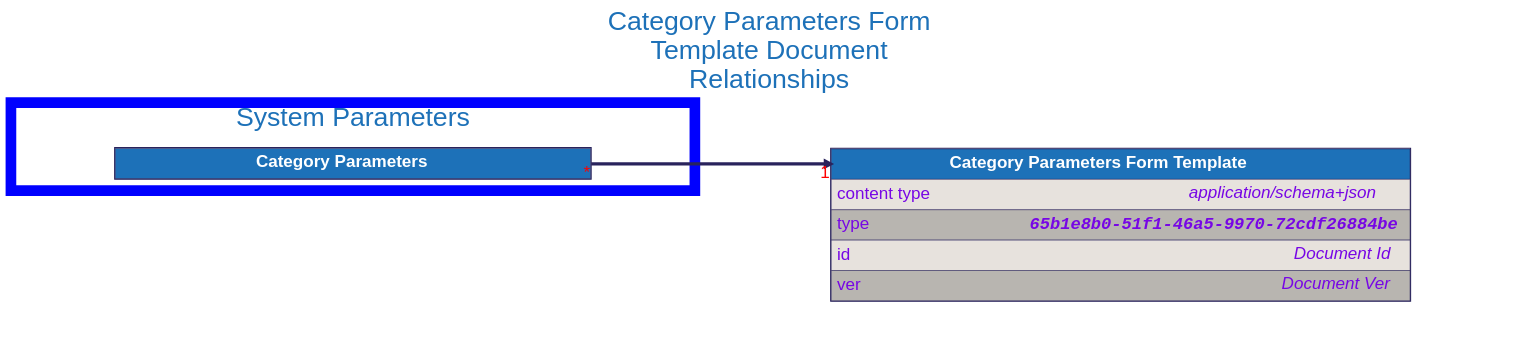
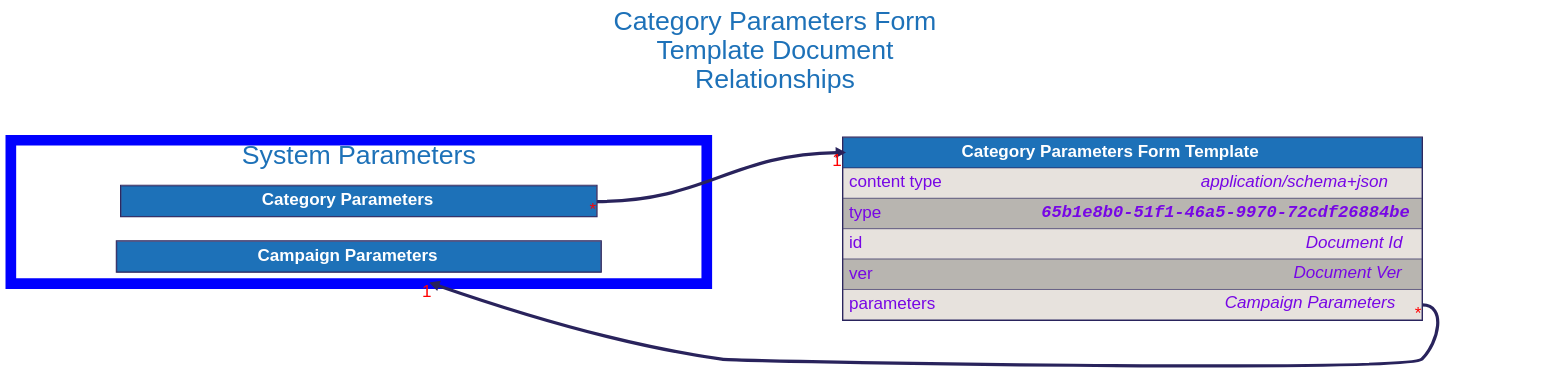
Before and after one commit to input-output-hk/catalyst-libs: the diagram in docs/src/architecture/08_concepts/signed_doc/diagrams/category_parameters_form_template.dot, drawn with Graphviz. The commit also changed 17 other files, not shown here.

Commit message:
fix(docs): Template refrences to parameters, and changes

```diff
--- a/docs/src/architecture/08_concepts/signed_doc/diagrams/category_parameters_form_template.dot
+++ b/docs/src/architecture/08_concepts/signed_doc/diagrams/category_parameters_form_template.dot
@@ -1,94 +1,120 @@
 digraph "Category Parameters Form Template" {
     rankdir="LR"
     graph [fontname="helvetica", fontsize="32", fontcolor="#29235c", bgcolor="white"];
     node [penwidth="0", margin="0", fontname="helvetica", fontsize="32", fontcolor="#29235c"];
     edge [fontname="helvetica", fontsize="32", fontcolor="red", color="#29235c"];
 
     labelloc="t"
     label="Category Parameters Form
 Template Document
 Relationships"
     fontcolor="#1d71b8"
     fontsize=50
     compound=true
 
 
+
+    subgraph cluster_system_parameters {
+        label = "System Parameters";
+        color=blue
+        penwidth=20
+
+        "Campaign Parameters" [
+            id="Campaign Parameters";
+            label=<
+                <TABLE BORDER="2" COLOR="#29235c" CELLBORDER="1" CELLSPACING="0" CELLPADDING="10">
+                <TR>
+                    <TD PORT="title" BGCOLOR="#1d71b8" HREF="../campaign_parameters/">
+                        <FONT COLOR="#ffffff"><B> Campaign Parameters </B></FONT>
+                    </TD>
+                </TR>
+
+                </TABLE>
+            >
+        ];
+
+
+        "Category Parameters" [
+            id="Category Parameters";
+            label=<
+                <TABLE BORDER="2" COLOR="#29235c" CELLBORDER="1" CELLSPACING="0" CELLPADDING="10">
+                <TR>
+                    <TD PORT="title" BGCOLOR="#1d71b8" HREF="../category_parameters/">
+                        <FONT COLOR="#ffffff"><B> Category Parameters </B></FONT>
+                    </TD>
+                </TR>
+
+                </TABLE>
+            >
+        ];
+
+    }
 
     "Category Parameters Form Template" [
         id="Category Parameters Form Template";
         label=<
             <TABLE BORDER="2" COLOR="#29235c" CELLBORDER="1" CELLSPACING="0" CELLPADDING="10">
             <TR>
                 <TD PORT="title" BGCOLOR="#1d71b8" HREF="../category_parameters_form_template/">
                     <FONT COLOR="#ffffff"><B> Category Parameters Form Template </B></FONT>
                 </TD>
             </TR>
             <TR>
                 <TD ALIGN="LEFT" PORT="content type" BGCOLOR="#e7e2dd">
                     <TABLE CELLPADDING="0" CELLSPACING="0" BORDER="0">
                         <TR>
                             <TD ALIGN="LEFT" VALIGN="TOP" WIDTH="200"><FONT COLOR="#7706E5">content type</FONT></TD>
                             <TD ALIGN="RIGHT"><FONT COLOR="#7706E5"><I>application/schema+json</I></FONT></TD>
                         </TR>
                     </TABLE>
                 </TD>
             </TR>
             <TR>
                 <TD ALIGN="LEFT" PORT="type" BGCOLOR="#b8b5b0">
                     <TABLE CELLPADDING="0" CELLSPACING="0" BORDER="0">
                         <TR>
                             <TD ALIGN="LEFT" VALIGN="TOP" WIDTH="200"><FONT COLOR="#7706E5">type</FONT></TD>
                             <TD ALIGN="RIGHT"><FONT FACE="Courier" COLOR="#7706E5"><B><I>65b1e8b0-51f1-46a5-9970-72cdf26884be</I></B></FONT></TD>
                         </TR>
                     </TABLE>
                 </TD>
             </TR>
             <TR>
                 <TD ALIGN="LEFT" PORT="id" BGCOLOR="#e7e2dd">
                     <TABLE CELLPADDING="0" CELLSPACING="0" BORDER="0">
                         <TR>
                             <TD ALIGN="LEFT" VALIGN="TOP" WIDTH="200"><FONT COLOR="#7706E5">id</FONT></TD>
                             <TD ALIGN="RIGHT"><FONT COLOR="#7706E5"><I>Document Id</I></FONT></TD>
                         </TR>
                     </TABLE>
                 </TD>
             </TR>
             <TR>
                 <TD ALIGN="LEFT" PORT="ver" BGCOLOR="#b8b5b0">
                     <TABLE CELLPADDING="0" CELLSPACING="0" BORDER="0">
                         <TR>
                             <TD ALIGN="LEFT" VALIGN="TOP" WIDTH="200"><FONT COLOR="#7706E5">ver</FONT></TD>
                             <TD ALIGN="RIGHT"><FONT COLOR="#7706E5"><I>Document Ver</I></FONT></TD>
                         </TR>
                     </TABLE>
                 </TD>
             </TR>
+            <TR>
+                <TD ALIGN="LEFT" PORT="parameters" BGCOLOR="#e7e2dd">
+                    <TABLE CELLPADDING="0" CELLSPACING="0" BORDER="0">
+                        <TR>
+                            <TD ALIGN="LEFT" VALIGN="TOP" WIDTH="200"><FONT COLOR="#7706E5">parameters</FONT></TD>
+                            <TD ALIGN="RIGHT"><FONT COLOR="#7706E5"><I>Campaign Parameters</I></FONT></TD>
+                        </TR>
+                    </TABLE>
+                </TD>
+            </TR>
 
             </TABLE>
         >
     ];
 
 
-    subgraph cluster_system_parameters {
-        label = "System Parameters";
-        color=blue
-        penwidth=20
-
-        "Category Parameters" [
-            id="Category Parameters";
-            label=<
-                <TABLE BORDER="2" COLOR="#29235c" CELLBORDER="1" CELLSPACING="0" CELLPADDING="10">
-                <TR>
-                    <TD PORT="title" BGCOLOR="#1d71b8" HREF="../category_parameters/">
-                        <FONT COLOR="#ffffff"><B> Category Parameters </B></FONT>
-                    </TD>
-                </TR>
-
-                </TABLE>
-            >
-        ];
-
-    }
-
+    "Category Parameters Form Template":"parameters":e -> "Campaign Parameters" [dir=forward, penwidth=6, color="#29235c", headlabel="1", taillabel="*", lhead="cluster_system_parameters"]
     "Category Parameters":"title":e -> "Category Parameters Form Template":"title":w [dir=forward, penwidth=6, color="#29235c", headlabel="1", taillabel="*"]
 }
```
